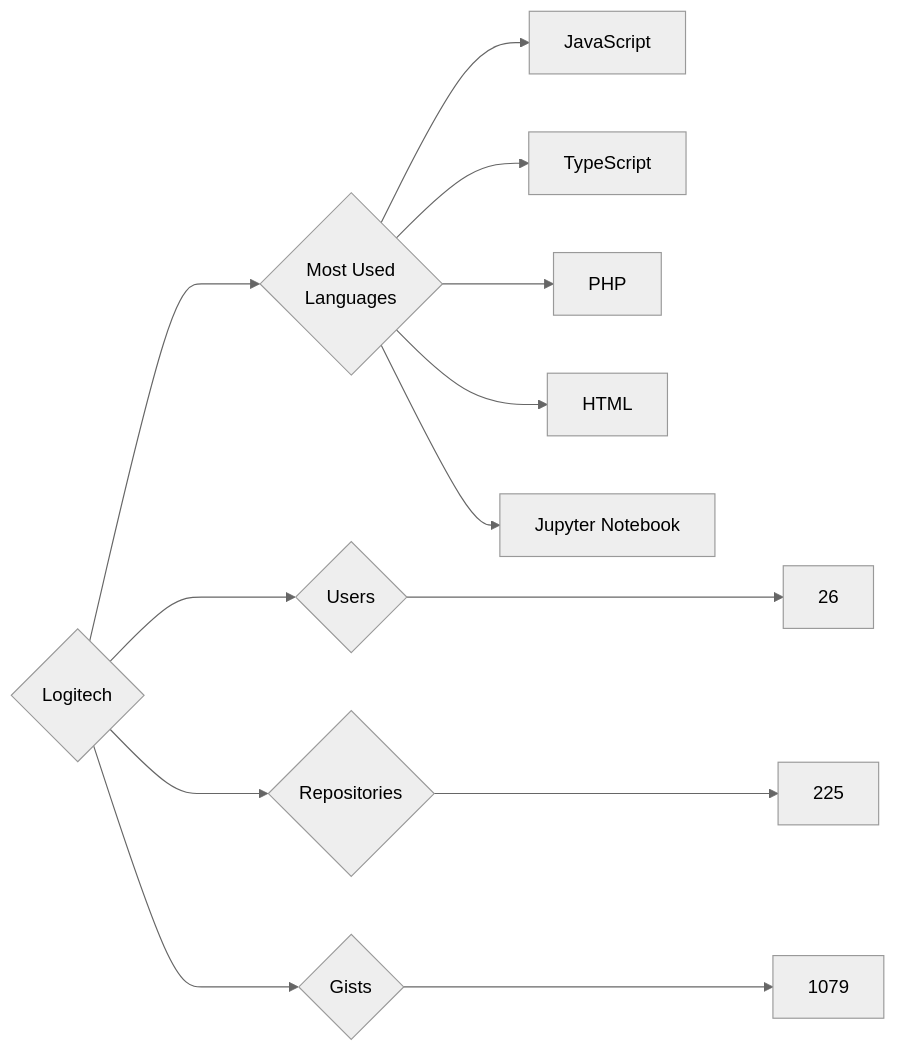
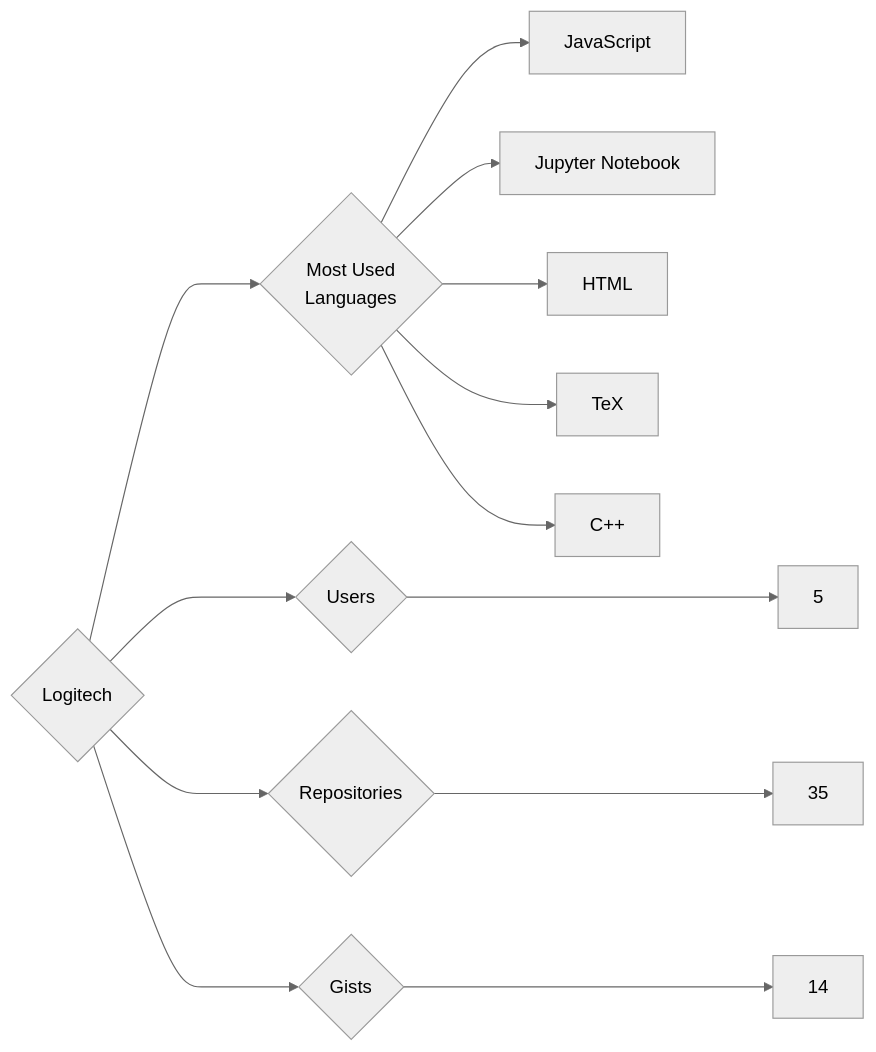
Before and after one commit to trickest/insiders: the diagram in targets/Logitech/README.md, drawn with Mermaid (neutral theme). The commit also changed 891 other files, not shown here.

````diff
--- a/targets/Logitech/README.md
+++ b/targets/Logitech/README.md
@@ -3,13 +3,13 @@
 ```mermaid
 graph LR
 COMPANY_NAME{Logitech}
-COMPANY_NAME ---> U{Users} ---> UN[26]
-COMPANY_NAME ---> R{Repositories} ---> RN[225]
-COMPANY_NAME ---> G{Gists} ---> GN[1079]
+COMPANY_NAME ---> U{Users} ---> UN[5]
+COMPANY_NAME ---> R{Repositories} ---> RN[35]
+COMPANY_NAME ---> G{Gists} ---> GN[14]
 COMPANY_NAME ---> ML{Most Used<br>Languages}
 ML --> JavaScript[JavaScript]
-ML --> TypeScript[TypeScript]
-ML --> PHP[PHP]
+ML --> Jupyter_Notebook[Jupyter Notebook]
 ML --> HTML[HTML]
-ML --> Jupyter_Notebook[Jupyter Notebook]
+ML --> TeX[TeX]
+ML --> C++[C++]
 ```
````
